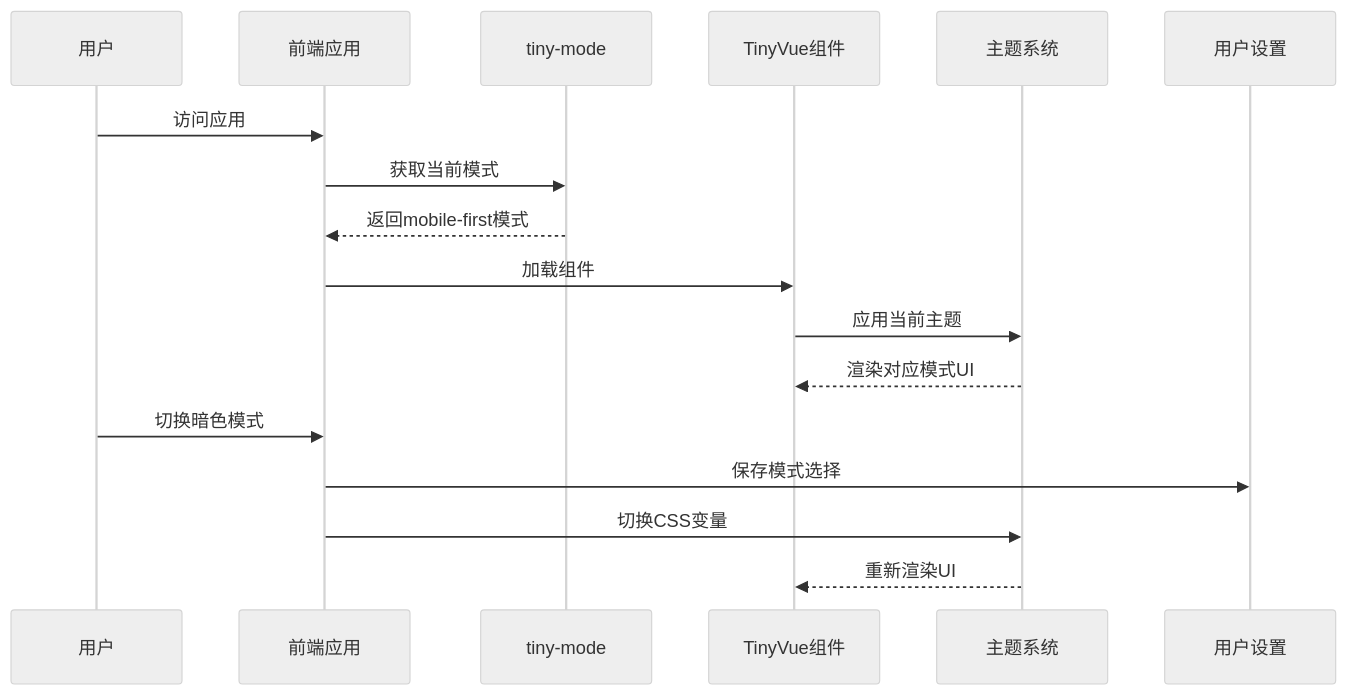
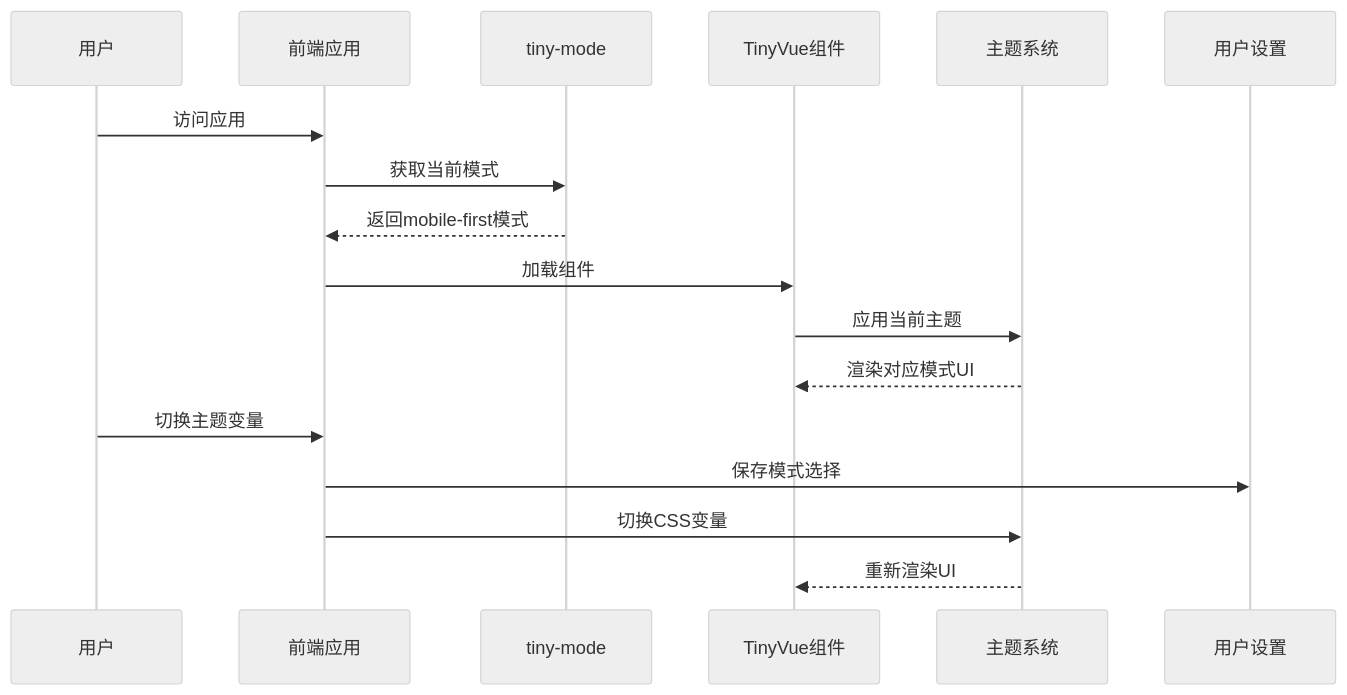
The diagram in slides.md (zzcr/tiny-vue-mobile-first-slidev), drawn with Mermaid (neutral theme) before and after one commit. The commit also changed 1 other file, not shown here.

Commit message:
chore: 更新自动部署工作流，修复构建步骤中的错误并简化配置

````diff
--- a/slides.md
+++ b/slides.md
@@ -265,13 +265,13 @@
 ```mermaid {scale: 0.6}
 sequenceDiagram
     用户->>前端应用: 访问应用
     前端应用->>tiny-mode: 获取当前模式
     tiny-mode-->>前端应用: 返回mobile-first模式
     前端应用->>TinyVue组件: 加载组件
     TinyVue组件->>主题系统: 应用当前主题
     主题系统-->>TinyVue组件: 渲染对应模式UI
-    用户->>前端应用: 切换暗色模式
+    用户->>前端应用: 切换主题变量
     前端应用->>用户设置: 保存模式选择
     前端应用->>主题系统: 切换CSS变量
     主题系统-->>TinyVue组件: 重新渲染UI
 ```
````
